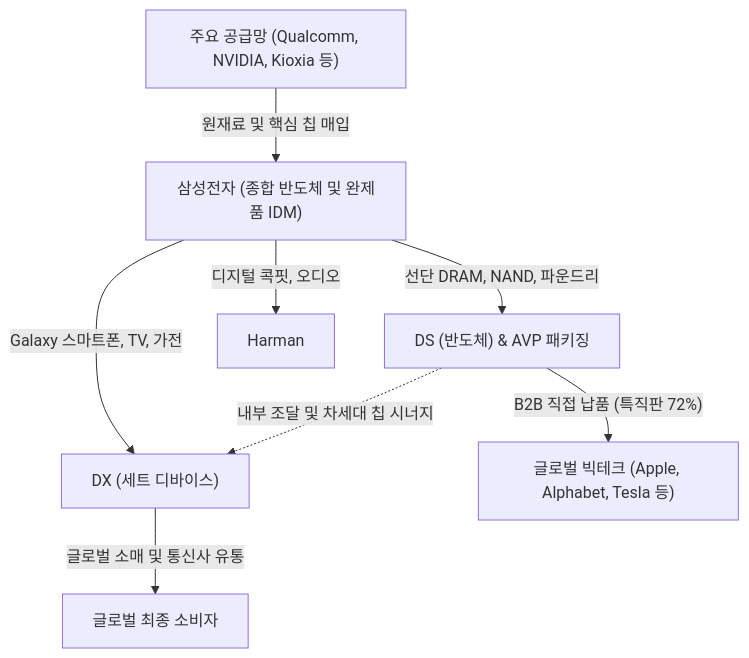
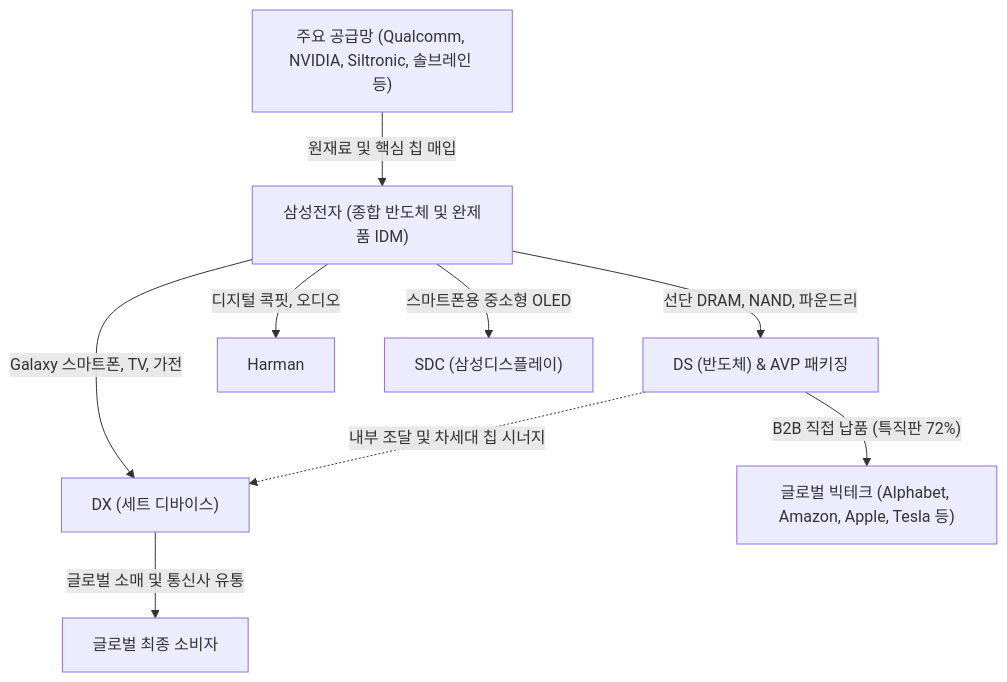
Before and after one commit to eve830521-cmd/my-skill: the diagram in Stock_Research/삼성전자/3_Final_Reports/Phase1_Report.md, drawn with Mermaid. The commit also changed other lines of this file and 84 other files, not shown here.

````diff
--- a/Stock_Research/삼성전자/3_Final_Reports/Phase1_Report.md
+++ b/Stock_Research/삼성전자/3_Final_Reports/Phase1_Report.md
@@ -20,10 +21,11 @@
 ```mermaid
 graph TD
-    A["주요 공급망 (Qualcomm, NVIDIA, Kioxia 등)"] -->|"원재료 및 핵심 칩 매입"| B["삼성전자 (종합 반도체 및 완제품 IDM)"]
+    A["주요 공급망 (Qualcomm, NVIDIA, Siltronic, 솔브레인 등)"] -->|"원재료 및 핵심 칩 매입"| B["삼성전자 (종합 반도체 및 완제품 IDM)"]
     B -->|"선단 DRAM, NAND, 파운드리"| C["DS (반도체) & AVP 패키징"]
     B -->|"Galaxy 스마트폰, TV, 가전"| D["DX (세트 디바이스)"]
     B -->|"디지털 콕핏, 오디오"| E["Harman"]
+    B -->|"스마트폰용 중소형 OLED"| F["SDC (삼성디스플레이)"]
     C -. "내부 조달 및 차세대 칩 시너지" .-> D
-    C -->|"B2B 직접 납품 (특직판 72%)"| F["글로벌 빅테크 (Apple, Alphabet, Tesla 등)"]
-    D -->|"글로벌 소매 및 통신사 유통"| G["글로벌 최종 소비자"]
+    C -->|"B2B 직접 납품 (특직판 72%)"| G["글로벌 빅테크 (Alphabet, Amazon, Apple, Tesla 등)"]
+    D -->|"글로벌 소매 및 통신사 유통"| H["글로벌 최종 소비자"]
 ```
````
